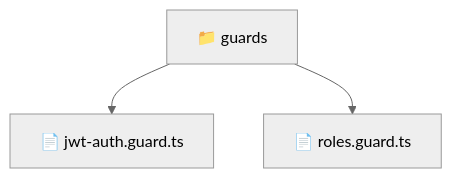
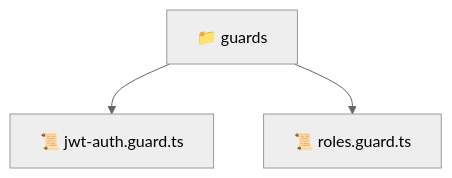
Before and after one commit to beginwebdev2002/fullstack-mavluda: the diagram in backend/src/common/guards/README.md, drawn with Mermaid (neutral theme). The commit also changed other lines of this file and 163 other files, not shown here.

````diff
--- a/backend/src/common/guards/README.md
+++ b/backend/src/common/guards/README.md
@@ -9,6 +9,6 @@
 ```mermaid
 graph TD
-  Root["📁 guards"]
-  Root --> jwt_auth_guard_ts["📄 jwt-auth.guard.ts"]
-  Root --> roles_guard_ts["📄 roles.guard.ts"]
+  guards["📁 guards"]
+  guards --> jwt_auth_guard_ts["📜 jwt-auth.guard.ts"]
+  guards --> roles_guard_ts["📜 roles.guard.ts"]
 ```
````
